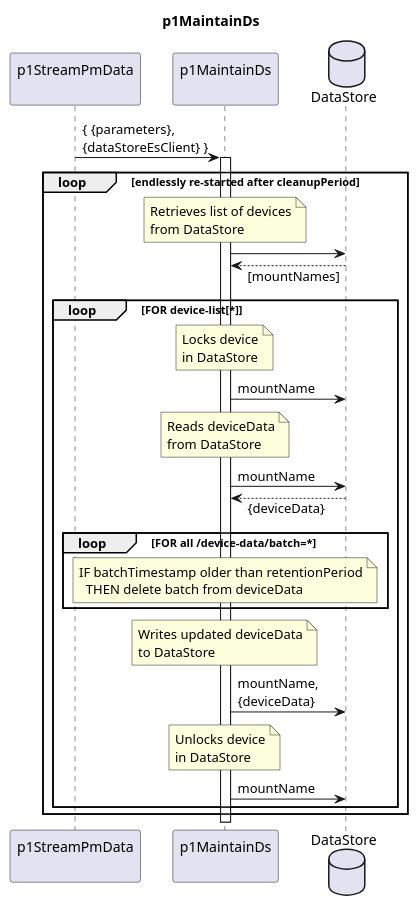
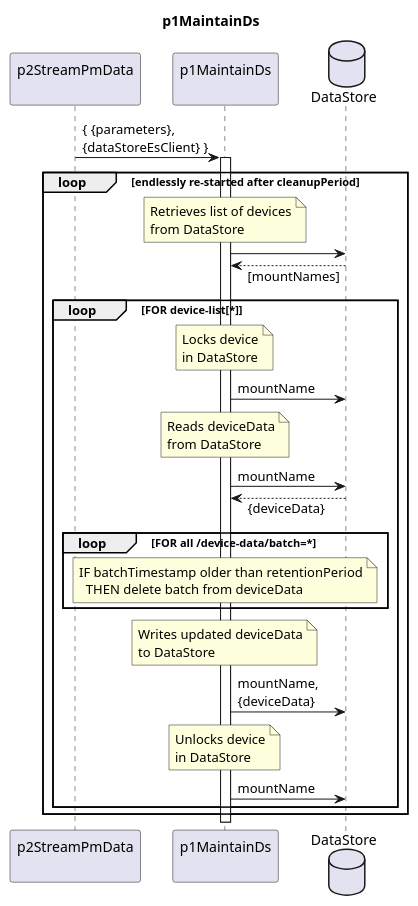
Before and after one commit to openBackhaul/DevicePerformanceManagementDataProcessor: the diagram in spec/Functions/p1StreamPmData/p1MaintainDs/1.0.0/p1MaintainDs.plantuml, drawn with PlantUML. The commit also changed 40 other files, not shown here.

```diff
--- a/spec/Functions/p1StreamPmData/p1MaintainDs/1.0.0/p1MaintainDs.plantuml
+++ b/spec/Functions/p1StreamPmData/p1MaintainDs/1.0.0/p1MaintainDs.plantuml
@@ -1,62 +1,62 @@
 @startuml p1MaintainDs
 skinparam responseMessageBelowArrow true
 
 title
   p1MaintainDs
 end title
 
-participant "p1StreamPmData\n" as requestor
+participant "p2StreamPmData\n" as requestor
 participant "p1MaintainDs\n" as p1Main
 database "DataStore" as ds
 
 requestor -> p1Main : { {parameters},\n{dataStoreEsClient} }
 activate p1Main
 
   loop endlessly re-started after cleanupPeriod
 
     note over p1Main
       Retrieves list of devices
       from DataStore
     end note
     p1Main -> ds
     p1Main <-- ds: [mountNames]
 
     loop FOR device-list[*]
 
       note over p1Main
         Locks device
         in DataStore
       end note
       p1Main -> ds: mountName
 
       note over p1Main
         Reads deviceData
         from DataStore
       end note
       p1Main -> ds: mountName
       p1Main <-- ds: {deviceData}
 
       loop FOR all /device-data/batch=*
         note over p1Main
           IF batchTimestamp older than retentionPeriod
             THEN delete batch from deviceData
         end note
       end loop
 
       note over p1Main
         Writes updated deviceData
         to DataStore
       end note
       p1Main -> ds: mountName,\n{deviceData}
 
       note over p1Main
         Unlocks device
         in DataStore
       end note
       p1Main -> ds: mountName
 
     end loop
 
   end loop
 
 @enduml
```
